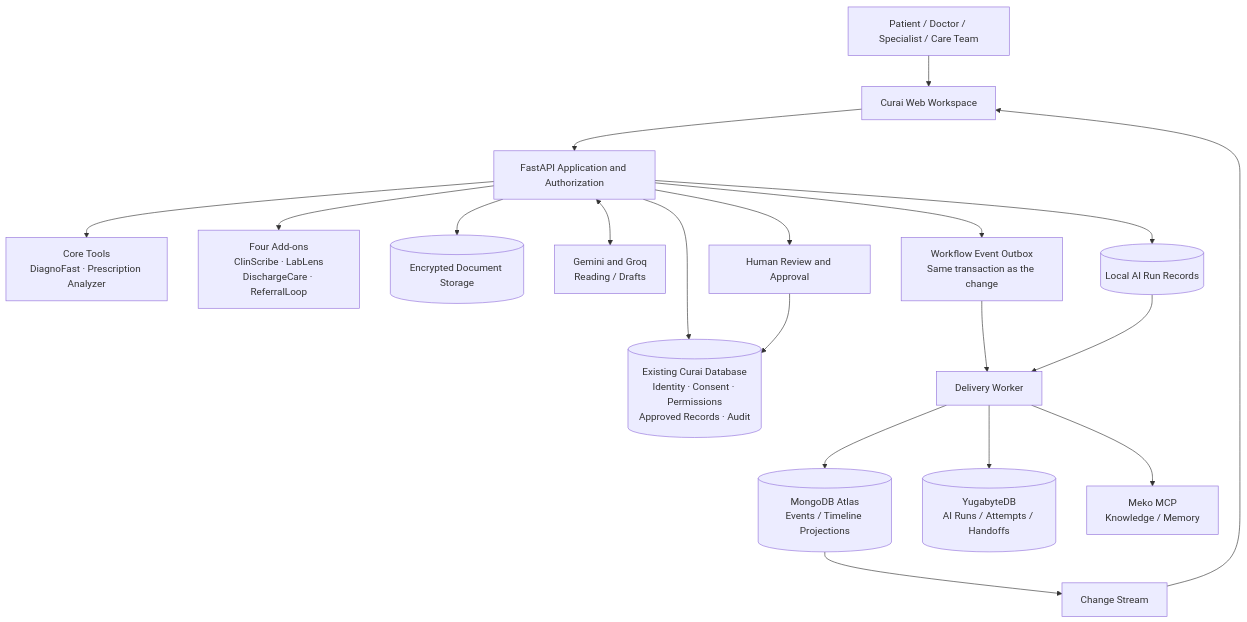
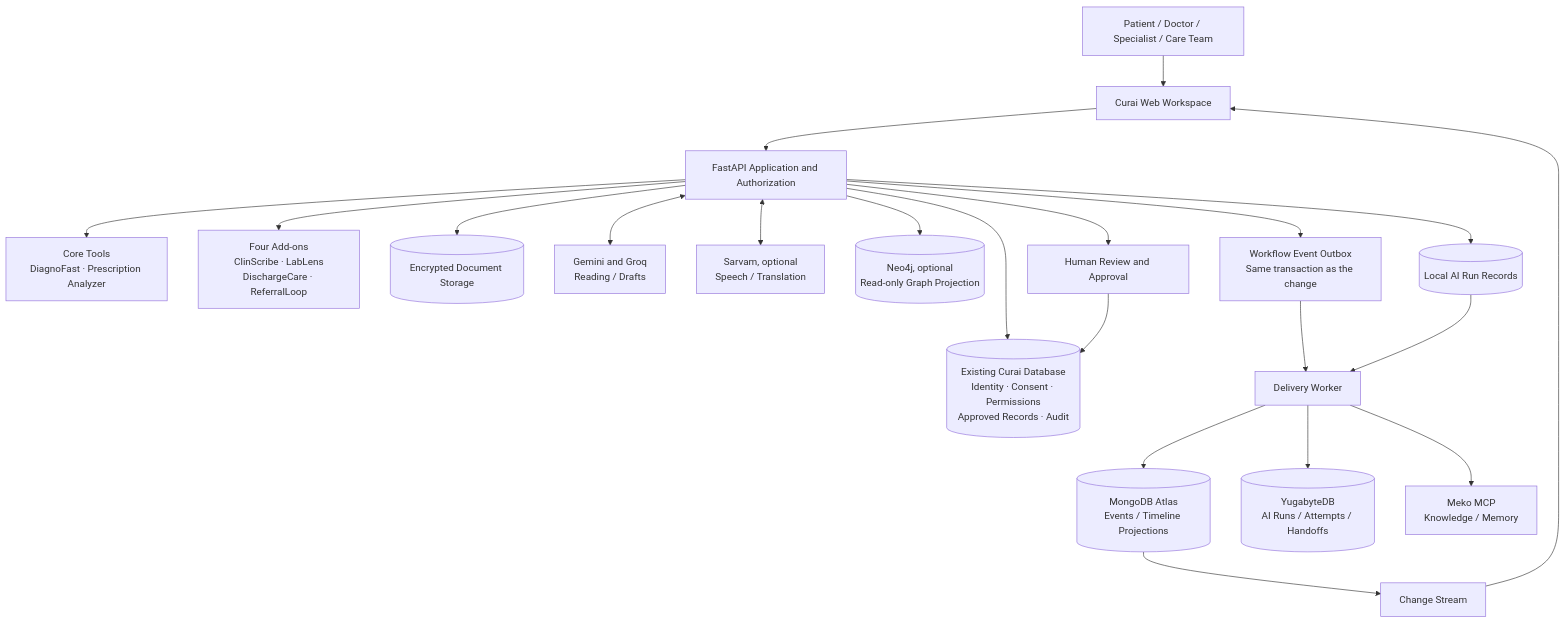
Before and after one commit to adityafilesx/Diagnosia: the first of 2 diagrams in README.md, drawn with Mermaid. The commit also changed other lines of this file, not shown here.

````diff
--- a/README.md
+++ b/README.md
@@ -249,25 +283,27 @@
 ```mermaid
 flowchart TD
     U[Patient / Doctor / Specialist / Care Team] --> WEB[Curai Web Workspace]
     WEB --> API[FastAPI Application and Authorization]
 
     API --> CORE[Core Tools<br/>DiagnoFast · Prescription Analyzer]
     API --> ADDONS[Four Add-ons<br/>ClinScribe · LabLens<br/>DischargeCare · ReferralLoop]
 
     API --> DB[(Existing Curai Database<br/>Identity · Consent · Permissions<br/>Approved Records · Audit)]
     API --> DOCS[(Encrypted Document Storage)]
 
     API <--> GEM[Gemini and Groq<br/>Reading / Drafts]
+    API <--> SARVAM[Sarvam, optional<br/>Speech / Translation]
+    API --> NEO4J[(Neo4j, optional<br/>Read-only Graph Projection)]
     API --> OUTBOX[Workflow Event Outbox<br/>Same transaction as the change]
     API --> RUNS[(Local AI Run Records)]
     OUTBOX --> WORKER[Delivery Worker]
     RUNS --> WORKER
     WORKER --> ATLAS[(MongoDB Atlas<br/>Events / Timeline Projections)]
     WORKER --> YB[(YugabyteDB<br/>AI Runs / Attempts / Handoffs)]
     WORKER --> MEKO[Meko MCP<br/>Knowledge / Memory]
     ATLAS --> STREAM[Change Stream]
     STREAM --> WEB
 
     API --> REVIEW[Human Review and Approval]
     REVIEW --> DB
 ```
````
